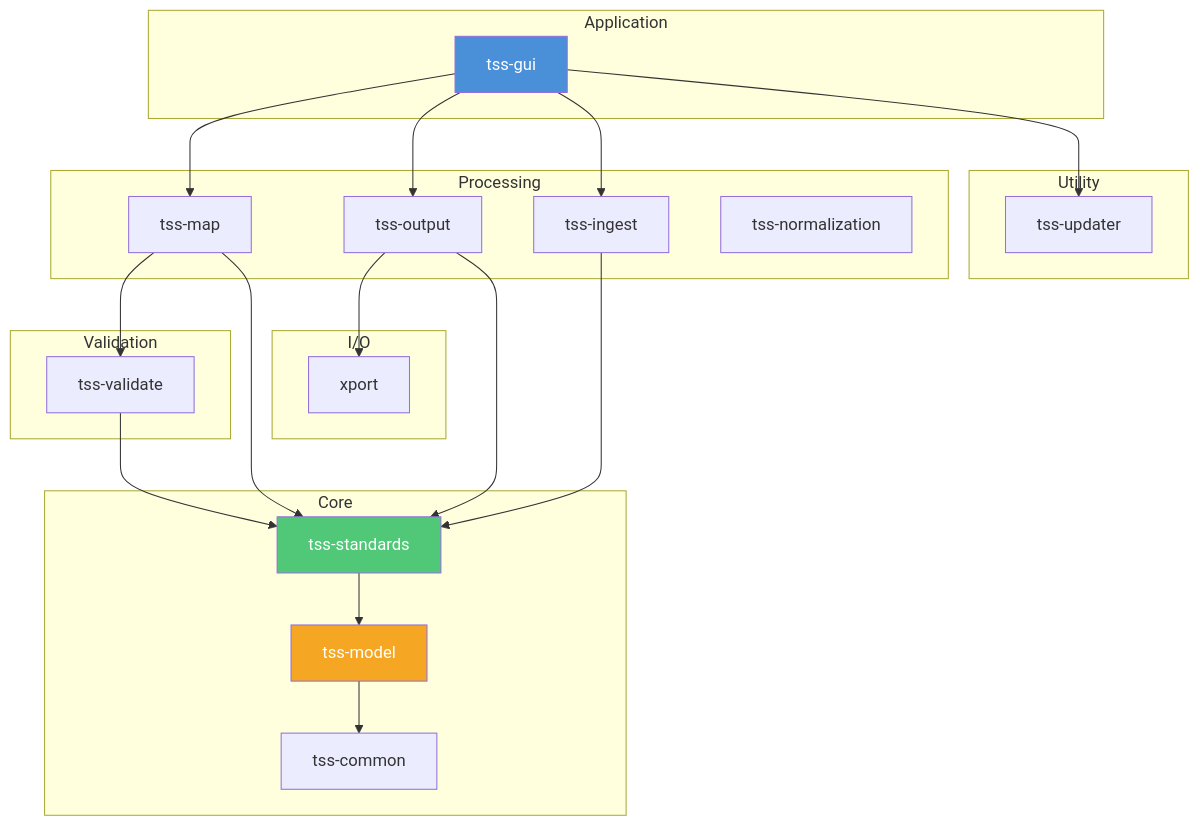
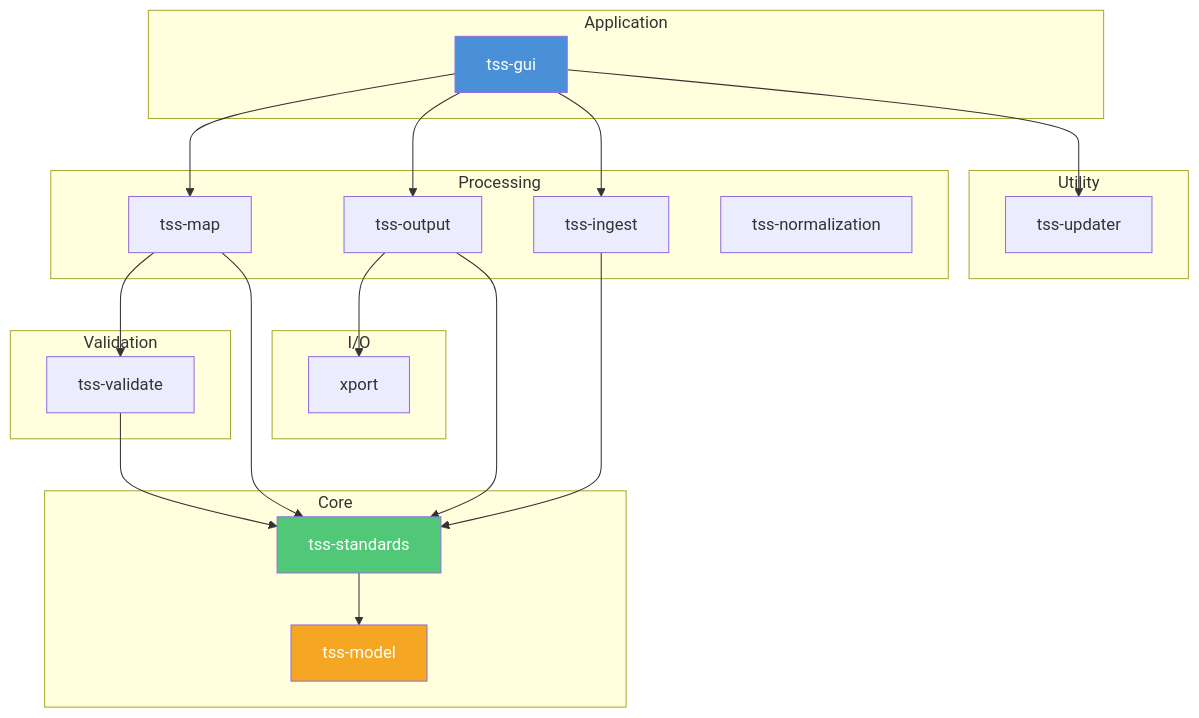
One commit to rubentalstra/Trial-Submission-Studio changed the first of 3 diagrams in docs/src/architecture/overview.md. Above: the diagram before and after it, drawn with Mermaid. The commit also changed other lines of this file and 36 other files, not shown here.

Commit message:
feat: remove tss-common crate and update references to tss-model

````diff
--- a/docs/src/architecture/overview.md
+++ b/docs/src/architecture/overview.md
@@ -45,47 +44,45 @@
 ```mermaid
 flowchart TD
     subgraph Application
         GUI[tss-gui]
     end
 
     subgraph Processing
         MAP[tss-map]
         OUTPUT[tss-output]
         INGEST[tss-ingest]
         TRANSFORM[tss-normalization]
     end
 
     subgraph Validation
         VALIDATE[tss-validate]
     end
 
     subgraph I/O
         XPT[xport]
     end
 
     subgraph Core
         STANDARDS[tss-standards]
         MODEL[tss-model]
-        COMMON[tss-common]
     end
 
     subgraph Utility
         UPDATER[tss-updater]
     end
 
     GUI --> MAP
     GUI --> OUTPUT
     GUI --> INGEST
     GUI --> UPDATER
     MAP --> VALIDATE
     MAP --> STANDARDS
     OUTPUT --> XPT
     OUTPUT --> STANDARDS
     INGEST --> STANDARDS
     VALIDATE --> STANDARDS
     STANDARDS --> MODEL
-    MODEL --> COMMON
     style GUI fill: #4a90d9, color: #fff
     style STANDARDS fill: #50c878, color: #fff
     style MODEL fill: #f5a623, color: #fff
 ```
````
